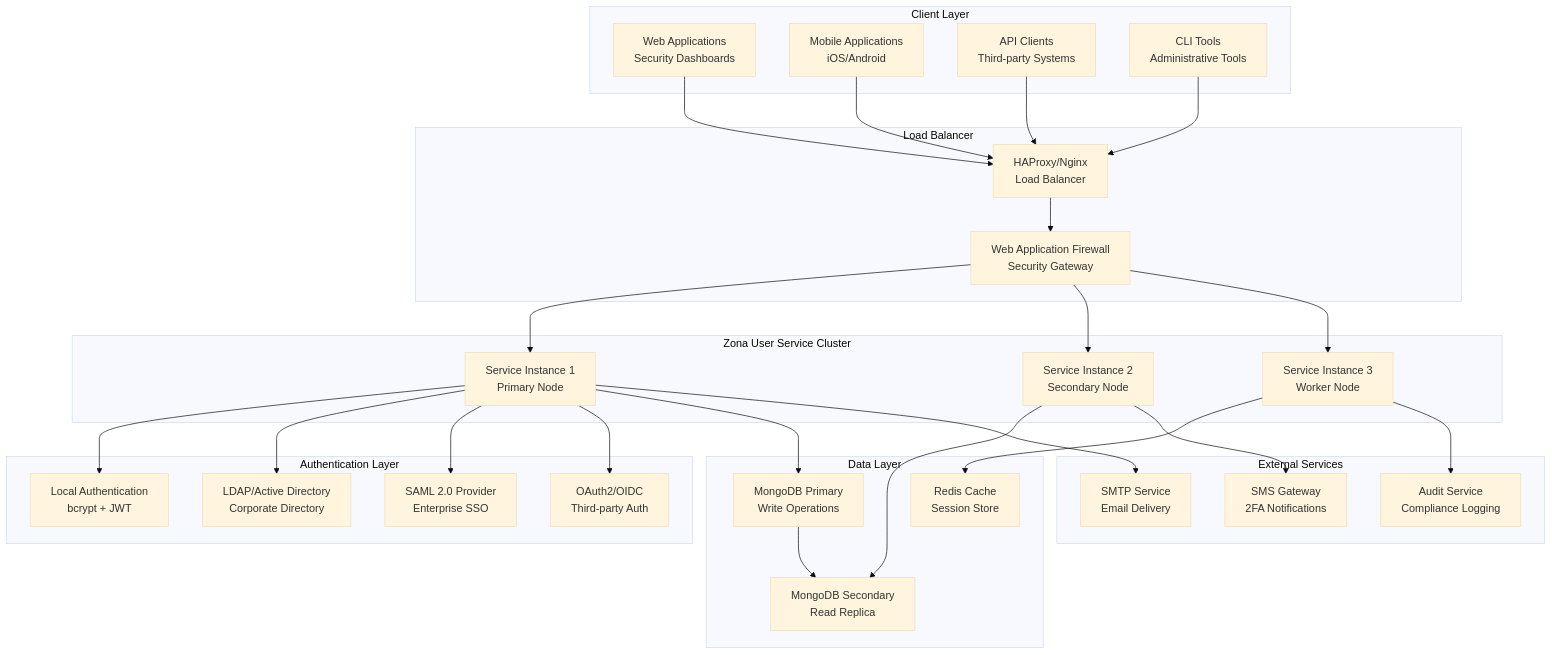
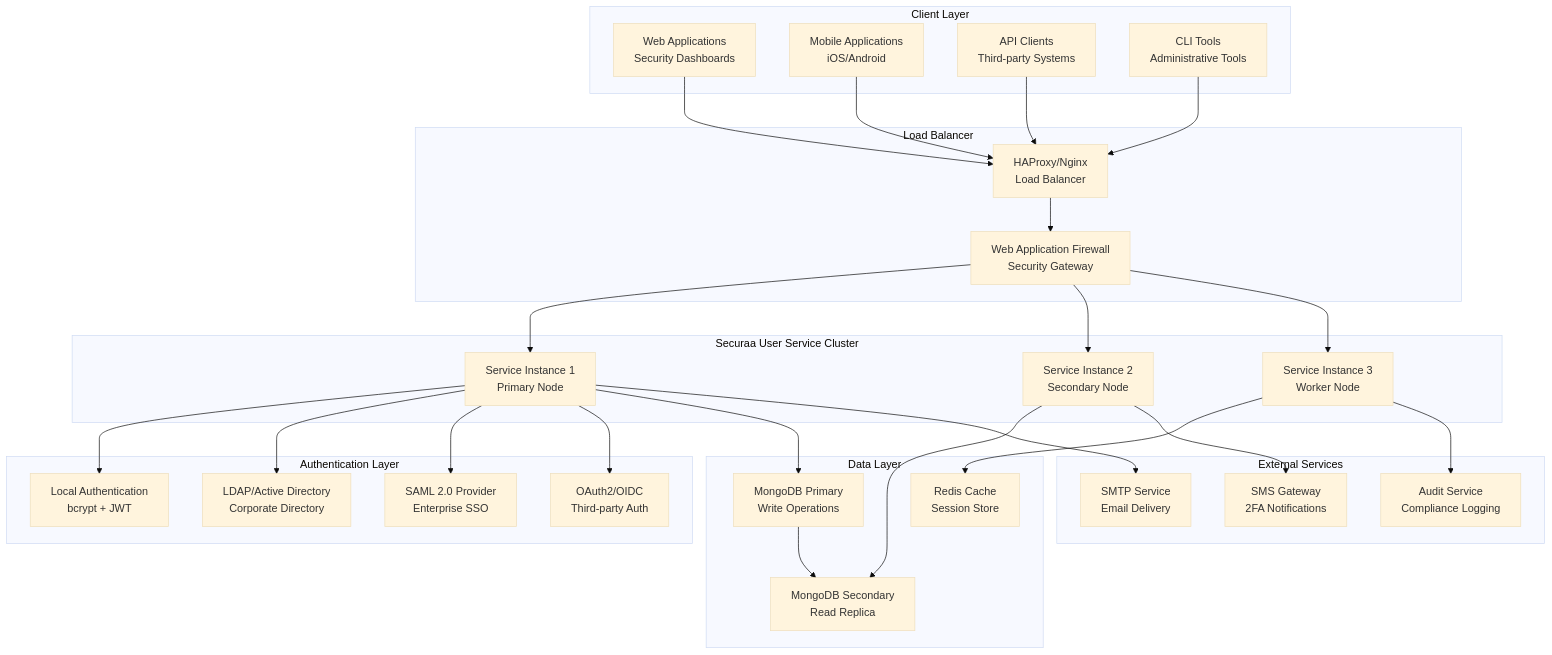
The first of 14 diagrams in securaa-user-high-level-design.md (Vishwa0220/securaa-internal-documents), drawn with Mermaid (base theme) before and after one commit. The commit also changed other lines of this file and 20 other files, not shown here.

Commit message:
Replace HLD/LLD abbreviations with full names and update all zona references to securaa

````diff
--- a/securaa-user-high-level-design.md
+++ b/securaa-user-high-level-design.md
@@ -37,70 +37,70 @@
 ```mermaid
 graph TB
     subgraph "Client Layer"
         WEB[Web Applications<br/>Security Dashboards]
         MOBILE[Mobile Applications<br/>iOS/Android]
         API_CLIENT[API Clients<br/>Third-party Systems]
         CLI[CLI Tools<br/>Administrative Tools]
     end
     
     subgraph "Load Balancer"
         LB[HAProxy/Nginx<br/>Load Balancer]
         WAF[Web Application Firewall<br/>Security Gateway]
     end
     
-    subgraph "Zona User Service Cluster"
+    subgraph "Securaa User Service Cluster"
         SVC1[Service Instance 1<br/>Primary Node]
         SVC2[Service Instance 2<br/>Secondary Node]  
         SVC3[Service Instance 3<br/>Worker Node]
     end
     
     subgraph "Authentication Layer"
         LOCAL_AUTH[Local Authentication<br/>bcrypt + JWT]
         LDAP_AD[LDAP/Active Directory<br/>Corporate Directory]
         SAML_IDP[SAML 2.0 Provider<br/>Enterprise SSO]
         OAUTH2[OAuth2/OIDC<br/>Third-party Auth]
     end
     
     subgraph "Data Layer"
         MONGO_PRIMARY[MongoDB Primary<br/>Write Operations]
         MONGO_SECONDARY[MongoDB Secondary<br/>Read Replica]
         REDIS_CACHE[Redis Cache<br/>Session Store]
     end
     
     subgraph "External Services"
         EMAIL_SERVICE[SMTP Service<br/>Email Delivery]
         SMS_GATEWAY[SMS Gateway<br/>2FA Notifications]
         AUDIT_SERVICE[Audit Service<br/>Compliance Logging]
     end
     
     %% Client Connections
     WEB --> LB
     MOBILE --> LB
     API_CLIENT --> LB
     CLI --> LB
     
     %% Load Balancer
     LB --> WAF
     WAF --> SVC1
     WAF --> SVC2
     WAF --> SVC3
     
     %% Authentication
     SVC1 --> LOCAL_AUTH
     SVC1 --> LDAP_AD
     SVC1 --> SAML_IDP
     SVC1 --> OAUTH2
     
     %% Data Access
     SVC1 --> MONGO_PRIMARY
     SVC2 --> MONGO_SECONDARY
     SVC3 --> REDIS_CACHE
     
     %% Database Replication
     MONGO_PRIMARY --> MONGO_SECONDARY
     
     %% External Services
     SVC1 --> EMAIL_SERVICE
     SVC2 --> SMS_GATEWAY
     SVC3 --> AUDIT_SERVICE
 ```
````
